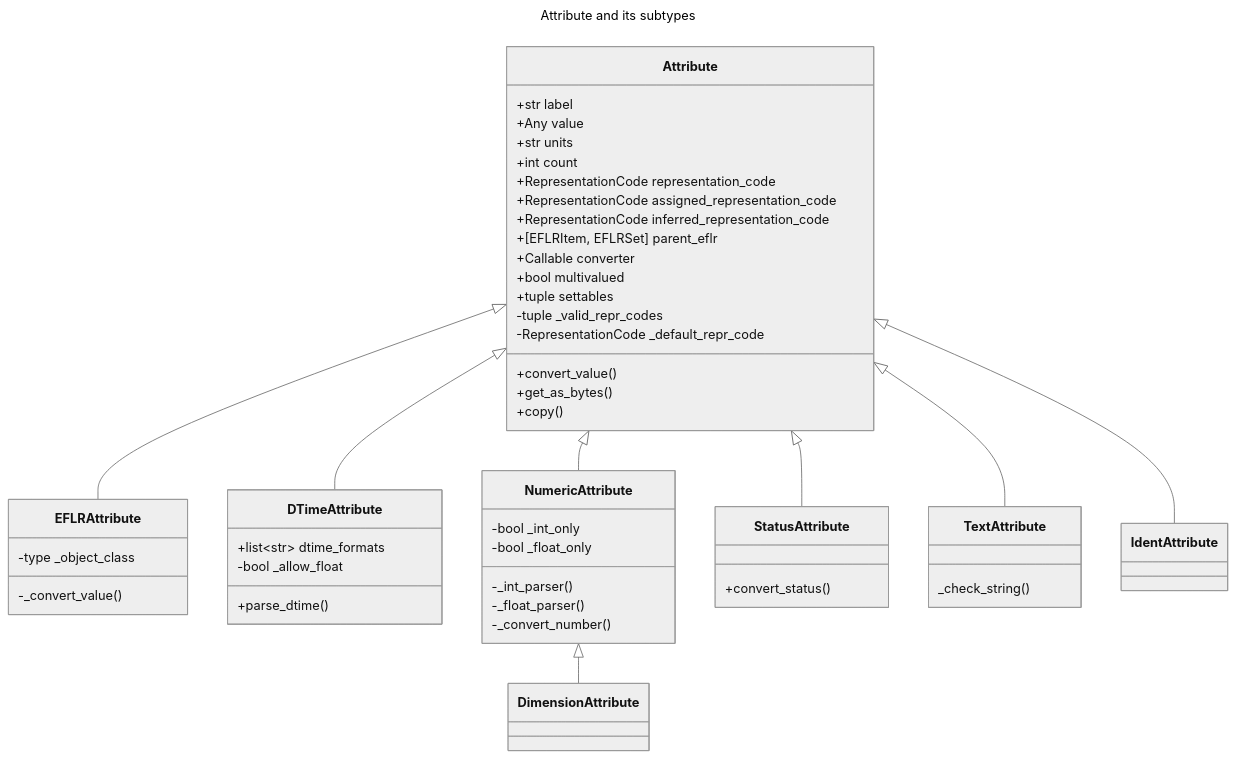
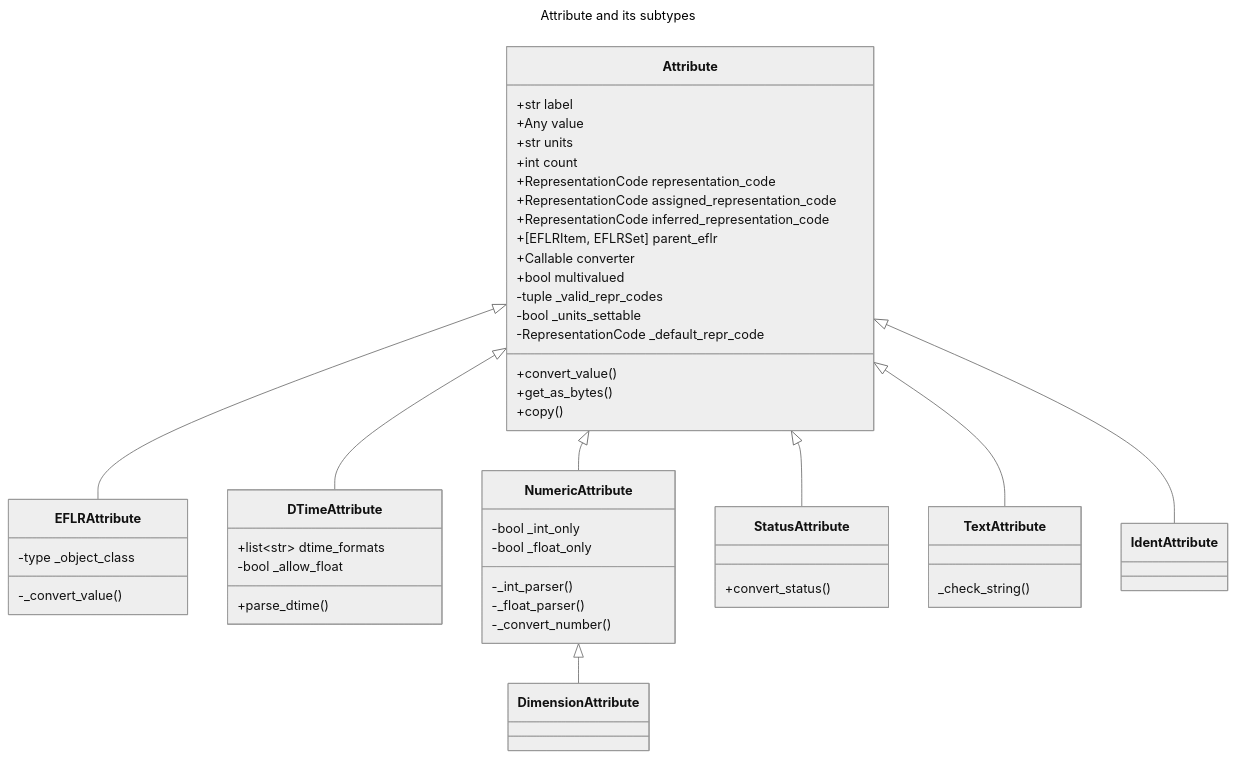
The sixth of 6 diagrams in README.md (well-id/dliswriter), drawn with Mermaid (neutral theme) before and after one commit. The commit also changed 3 other files, not shown here.

Commit message:
Removed 'settables' from Attribute; replaced with '_units_settable' flag

````diff
--- a/README.md
+++ b/README.md
@@ -951,70 +951,70 @@
 ```mermaid
 ---
 title: Attribute and its subtypes
 ---
 classDiagram
     Attribute <|-- EFLRAttribute
     Attribute <|-- DTimeAttribute
     Attribute <|-- NumericAttribute
     NumericAttribute <|-- DimensionAttribute
     Attribute <|-- StatusAttribute
     Attribute <|-- TextAttribute
     Attribute <|-- IdentAttribute
 
     
     class Attribute{
         +str label
         +Any value
         +str units
         +int count
         +RepresentationCode representation_code
         +RepresentationCode assigned_representation_code
         +RepresentationCode inferred_representation_code
         +[EFLRItem, EFLRSet] parent_eflr
         +Callable converter
         +bool multivalued
-        +tuple settables
         -tuple _valid_repr_codes
+        -bool _units_settable
         -RepresentationCode _default_repr_code
 
         
         +convert_value()
         +get_as_bytes()
         +copy()
     }
     
     class EFLRAttribute{
         -type _object_class
         
         -_convert_value()
     }
     
     class DTimeAttribute{
         +list~str~ dtime_formats
         -bool _allow_float
         
         +parse_dtime()
     }
     
     class NumericAttribute{
         -bool _int_only
         -bool _float_only
         
         -_int_parser()
         -_float_parser()
         -_convert_number()
     }
     
     class StatusAttribute{
         +convert_status()
     }
     
     class TextAttribute{
         _check_string()
     }
     
     class IdentAttribute{
         
     }
 
 ```
````
